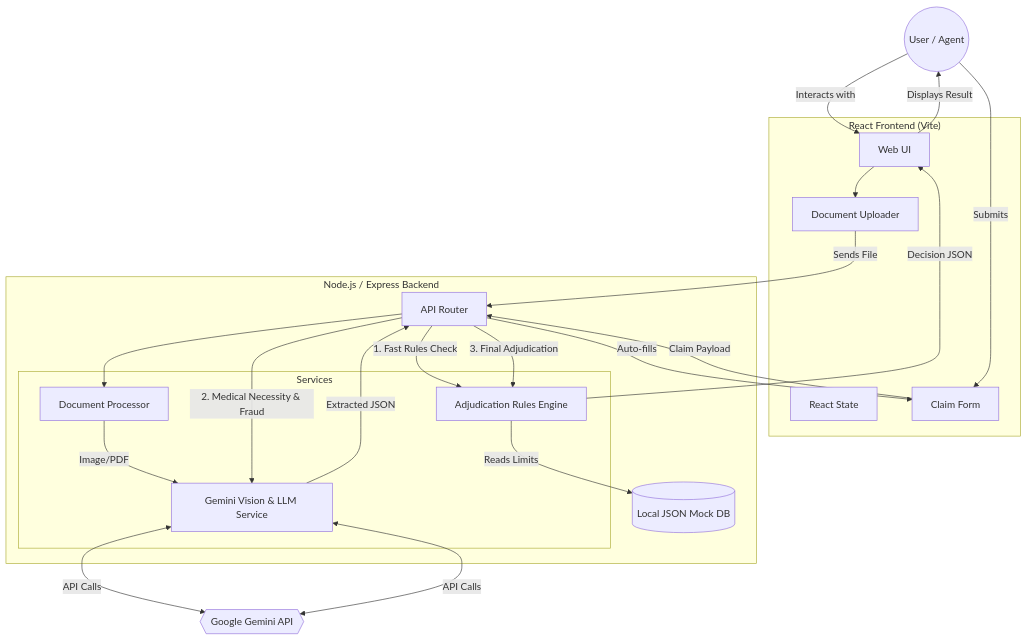
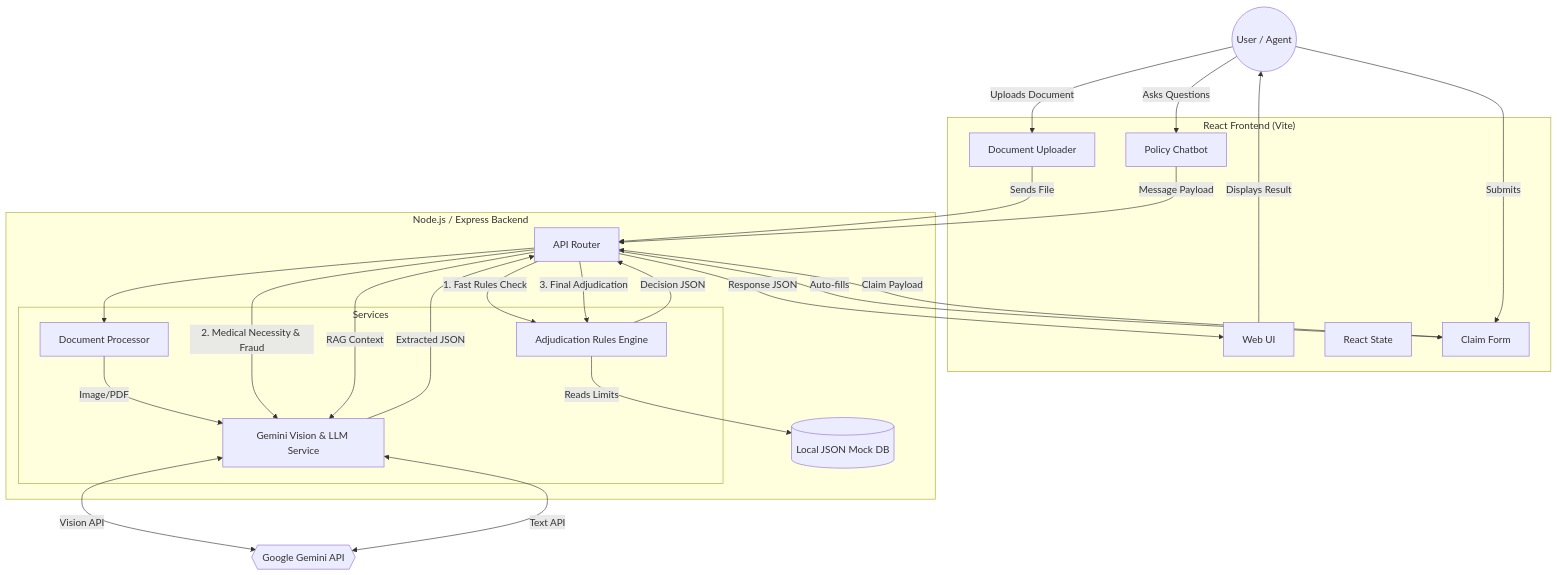
Before and after one commit to RuchithPraharshaBandaru/AutoClaim-AI-Insurance-Automation-System: the first of 2 diagrams in TECHNICAL_DOCUMENTATION.md, drawn with Mermaid. The commit also changed 5 other files, not shown here.

Commit message:
docs: update architecture diagram with Chatbot and accurate response routing

````diff
--- a/TECHNICAL_DOCUMENTATION.md
+++ b/TECHNICAL_DOCUMENTATION.md
@@ -27,52 +27,58 @@
 ```mermaid
 graph TD
     %% Entities
     User((User / Agent))
     
     %% Frontend Components
     subgraph Frontend ["React Frontend (Vite)"]
         UI[Web UI]
         State[React State]
         DocUpload[Document Uploader]
         Form[Claim Form]
+        Chatbot[Policy Chatbot]
     end
     
     %% Backend Components
     subgraph Backend ["Node.js / Express Backend"]
         Router[API Router]
         
         subgraph Services
             DocProc[Document Processor]
             LLM[Gemini Vision & LLM Service]
             Engine[Adjudication Rules Engine]
         end
         
         Data[(Local JSON Mock DB)]
     end
     
     %% External Services
     GoogleAI{{Google Gemini API}}
 
-    %% Flow
-    User -->|Interacts with| UI
-    UI --> DocUpload
+    %% Flow - Document Extraction
+    User -->|Uploads Document| DocUpload
     DocUpload -->|Sends File| Router
-    
     Router --> DocProc
     DocProc -->|Image/PDF| LLM
-    LLM <-->|API Calls| GoogleAI
+    LLM <-->|Vision API| GoogleAI
     LLM -->|Extracted JSON| Router
     Router -->|Auto-fills| Form
     
+    %% Flow - Claim Submission
     User -->|Submits| Form
     Form -->|Claim Payload| Router
     Router -->|1. Fast Rules Check| Engine
     Engine -->|Reads Limits| Data
     
     Router -->|2. Medical Necessity & Fraud| LLM
-    LLM <-->|API Calls| GoogleAI
+    LLM <-->|Text API| GoogleAI
     
     Router -->|3. Final Adjudication| Engine
-    Engine -->|Decision JSON| UI
+    Engine -->|Decision JSON| Router
+    Router -->|Response JSON| UI
     UI -->|Displays Result| User
+
+    %% Flow - Chatbot
+    User -->|Asks Questions| Chatbot
+    Chatbot -->|Message Payload| Router
+    Router -->|RAG Context| LLM
 ```
````
